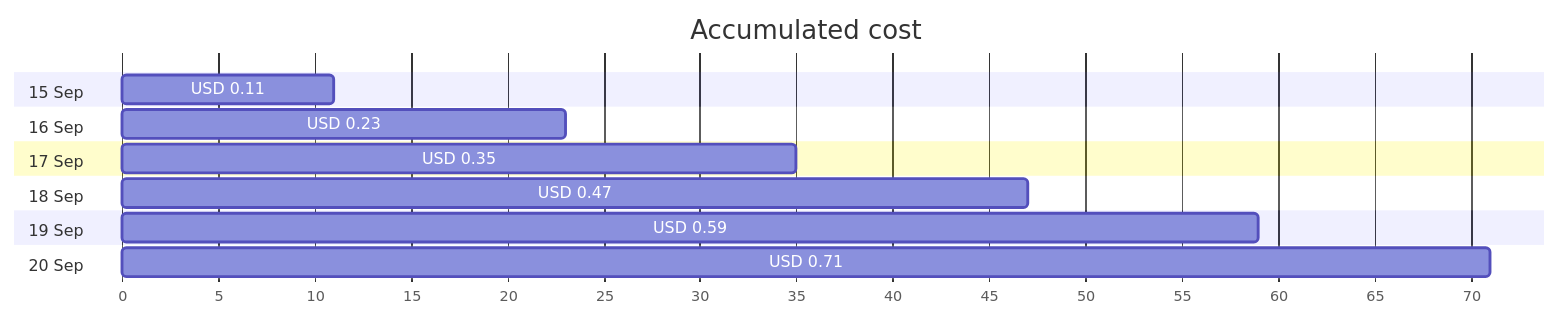
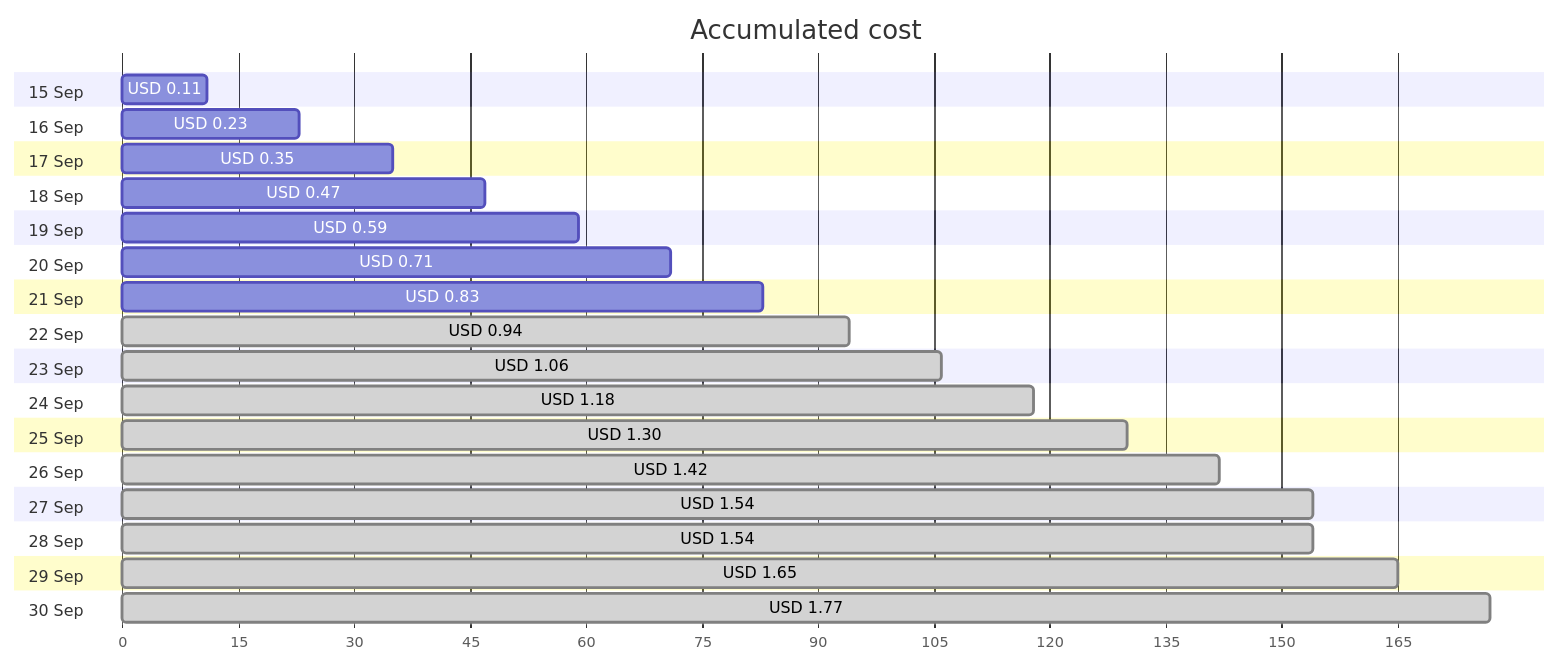
One commit to jpfulton/azure-personal-reports changed the first of 4 diagrams in cost-reports/personal-network/vpn-server-public-ip.md. Above: the diagram before and after it, drawn with Mermaid. The commit also changed other lines of this file and 9 other files, not shown here.

````diff
--- a/cost-reports/personal-network/vpn-server-public-ip.md
+++ b/cost-reports/personal-network/vpn-server-public-ip.md
@@ -20,18 +20,38 @@
 ```mermaid
 gantt
    title Accumulated cost
    dateFormat  X
    axisFormat %s
    section 15 Sep
    USD 0.11 :0, 11
    section 16 Sep
    USD 0.23 :0, 23
    section 17 Sep
    USD 0.35 :0, 35
    section 18 Sep
    USD 0.47 :0, 47
    section 19 Sep
    USD 0.59 :0, 59
    section 20 Sep
    USD 0.71 :0, 71
+   section 21 Sep
+   USD 0.83 :0, 83
+   section 22 Sep
+   USD 0.94 : done, 0, 94
+   section 23 Sep
+   USD 1.06 : done, 0, 106
+   section 24 Sep
+   USD 1.18 : done, 0, 118
+   section 25 Sep
+   USD 1.30 : done, 0, 130
+   section 26 Sep
+   USD 1.42 : done, 0, 142
+   section 27 Sep
+   USD 1.54 : done, 0, 154
+   section 28 Sep
+   USD 1.54 : done, 0, 154
+   section 29 Sep
+   USD 1.65 : done, 0, 165
+   section 30 Sep
+   USD 1.77 : done, 0, 177
 ```
````
